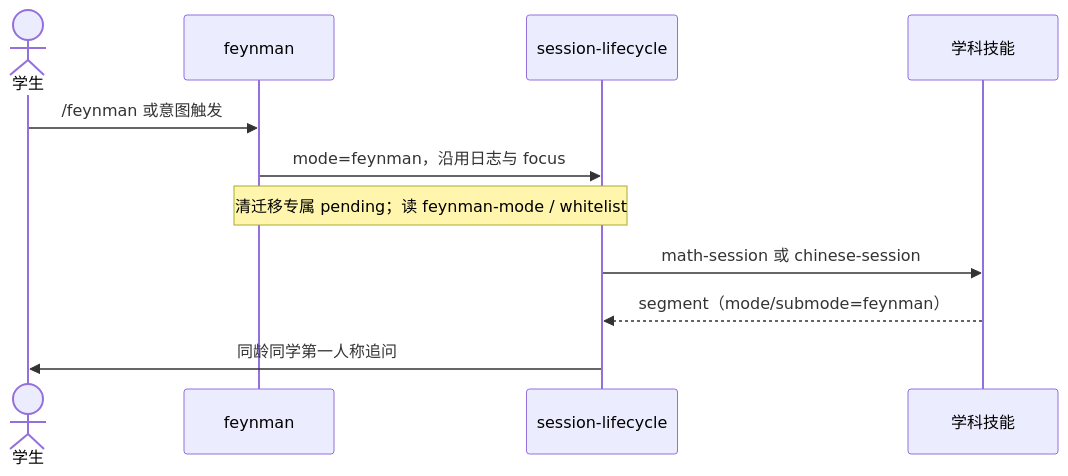
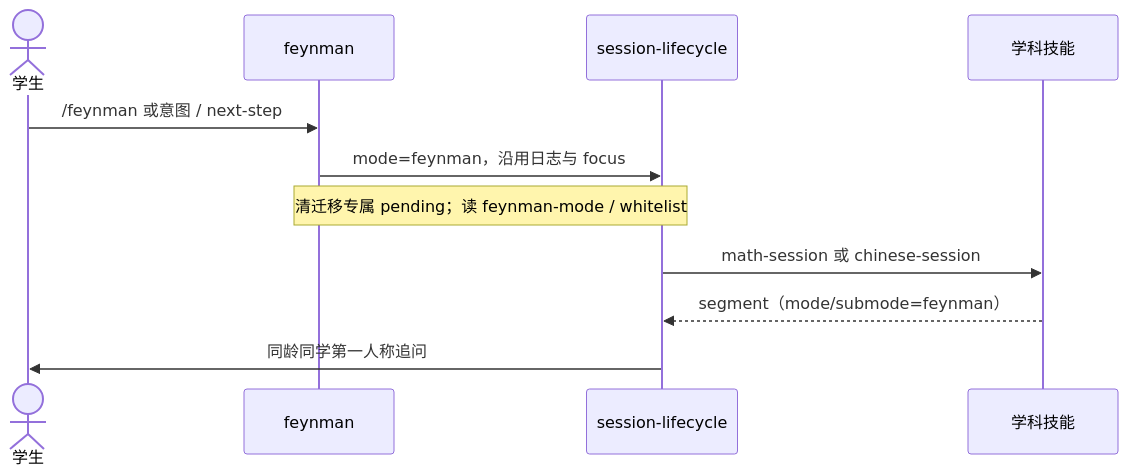
One commit to gengyabc/baicai-edu changed diagram 12 of 17 in docs/skills/call-graph.md. Above: the diagram before and after it, drawn with Mermaid. The commit also changed other lines of this file and 19 other files, not shown here.

First line of the commit message:
Split math teaching rules into focused references and sync the call graph.

````diff
--- a/docs/skills/call-graph.md
+++ b/docs/skills/call-graph.md
@@ -300,14 +327,14 @@
 ```mermaid
 sequenceDiagram
   actor S as 学生
   participant F as feynman
   participant SL as session-lifecycle
   participant Sub as 学科技能
 
-  S->>F: /feynman 或意图触发
+  S->>F: /feynman 或意图 / next-step
   F->>SL: mode=feynman，沿用日志与 focus
   Note over F,SL: 清迁移专属 pending；读 feynman-mode / whitelist
   SL->>Sub: math-session 或 chinese-session
   Sub-->>SL: segment（mode/submode=feynman）
   SL->>S: 同龄同学第一人称追问
 ```
````
